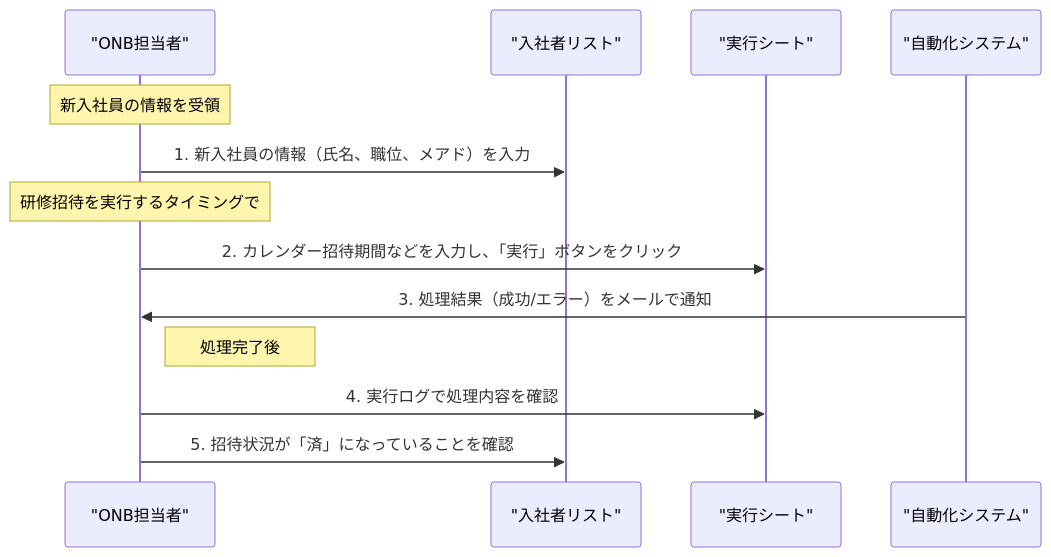
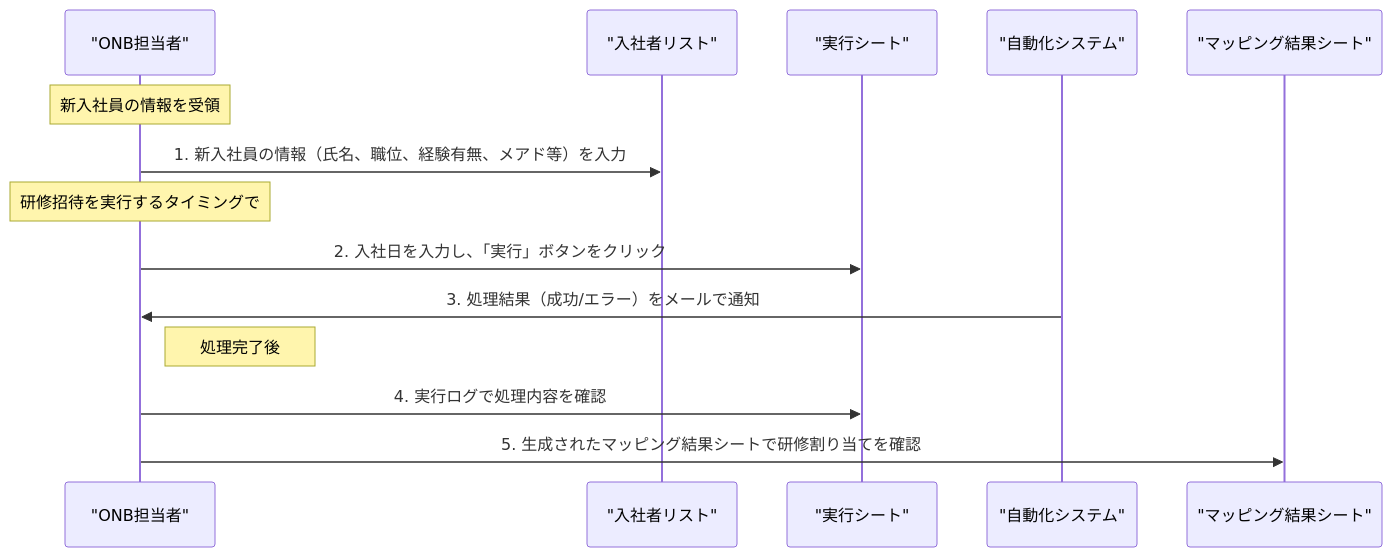
Before and after one commit to YutaImai-FLUX/flux_onb_automate: the third of 4 diagrams in gas_calendar_automation.md, drawn with Mermaid. The commit also changed other lines of this file and 2 other files, not shown here.

````diff
--- a/gas_calendar_automation.md
+++ b/gas_calendar_automation.md
@@ -144,19 +154,20 @@
 ```mermaid
 sequenceDiagram
     participant User as "ONB担当者"
     participant NewHireList as "入社者リスト"
     participant ExecutionSheet as "実行シート"
     participant System as "自動化システム"
+    participant MappingResult as "マッピング結果シート"
 
     Note over User: 新入社員の情報を受領
-    User->>NewHireList: 1. 新入社員の情報（氏名、職位、メアド）を入力
+    User->>NewHireList: 1. 新入社員の情報（氏名、職位、経験有無、メアド等）を入力
     
     Note over User: 研修招待を実行するタイミングで
-    User->>ExecutionSheet: 2. カレンダー招待期間などを入力し、「実行」ボタンをクリック
+    User->>ExecutionSheet: 2. 入社日を入力し、「実行」ボタンをクリック
     
     System->>User: 3. 処理結果（成功/エラー）をメールで通知
     
     Note right of User: 処理完了後
     User->>ExecutionSheet: 4. 実行ログで処理内容を確認
-    User->>NewHireList: 5. 招待状況が「済」になっていることを確認
+    User->>MappingResult: 5. 生成されたマッピング結果シートで研修割り当てを確認
 ```
````
